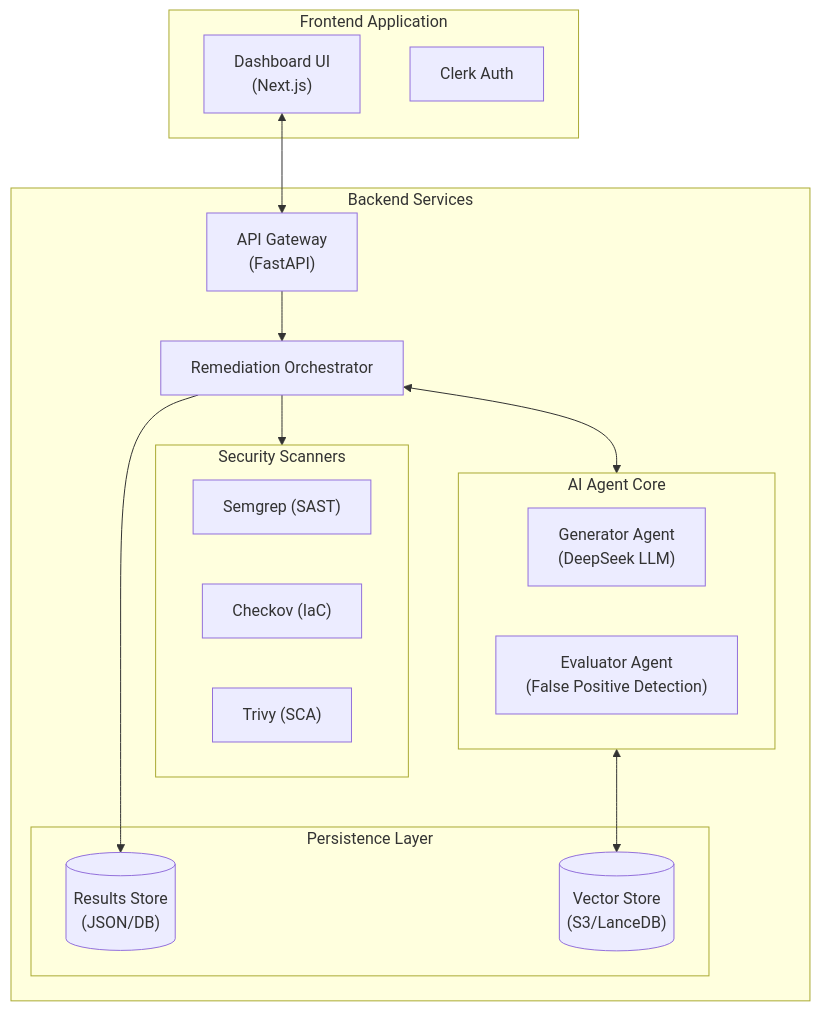
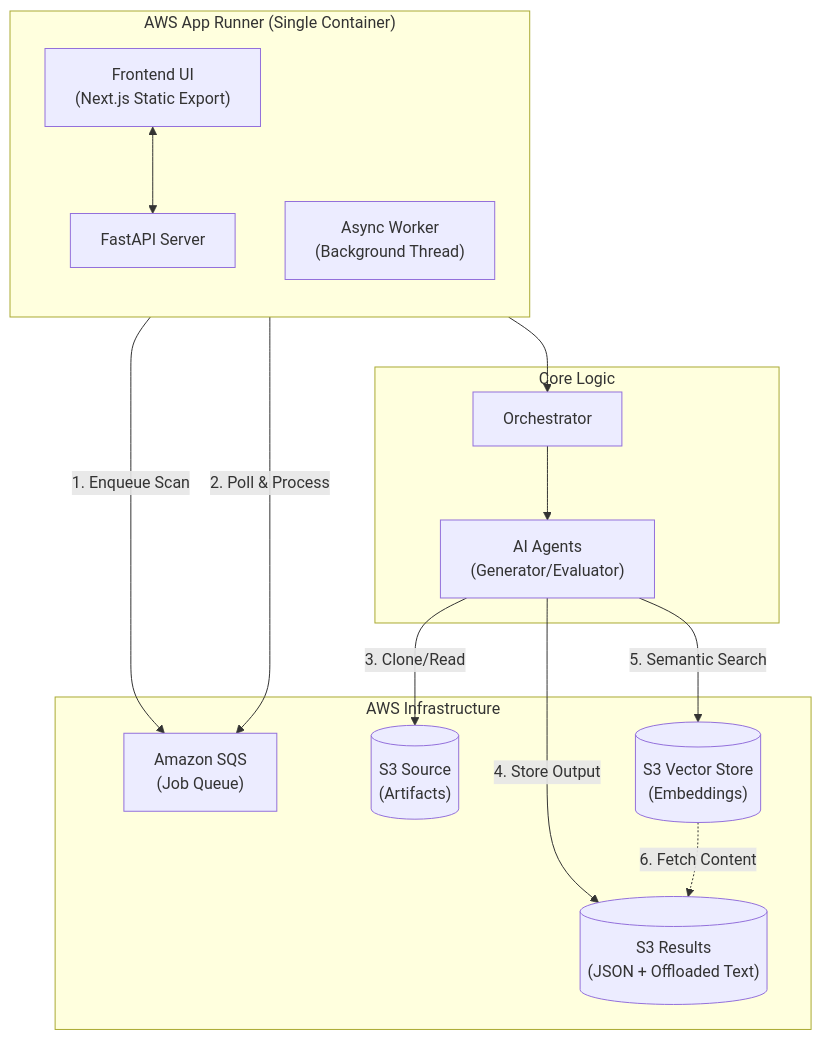
Before and after one commit to charanpanchagnula/security-remediation-system: the diagram in README.md, drawn with Mermaid. The commit also changed other lines of this file and 32 other files, not shown here.

````diff
--- a/README.md
+++ b/README.md
@@ -19,35 +19,34 @@
 ```mermaid
 flowchart TD
-    subgraph Frontend_Group ["Frontend Application"]
-        UI["Dashboard UI<br/>(Next.js)"]
-        Auth["Clerk Auth"]
+    subgraph App_Context ["AWS App Runner (Single Container)"]
+        direction TB
+        UI["Frontend UI<br/>(Next.js Static Export)"]
+        API["FastAPI Server"]
+        Worker["Async Worker<br/>(Background Thread)"]
+        
+        UI <--> API
     end
 
-    subgraph Backend_Group ["Backend Services"]
-        API["API Gateway<br/>(FastAPI)"]
-        Orch["Remediation Orchestrator"]
-        
-        subgraph Scanners_Group ["Security Scanners"]
-            Semgrep["Semgrep (SAST)"]
-            Checkov["Checkov (IaC)"]
-            Trivy["Trivy (SCA)"]
-        end
-
-        subgraph Agents_Group ["AI Agent Core"]
-            Gen["Generator Agent<br/>(DeepSeek LLM)"]
-            Eval["Evaluator Agent<br/>(False Positive Detection)"]
-        end
-        
-        subgraph Storage_Group ["Persistence Layer"]
-            DB[("Results Store<br/>(JSON/DB)")]
-            Vector[("Vector Store<br/>(S3/LanceDB)")]
-        end
+    subgraph Infrastructure ["AWS Infrastructure"]
+        SQS["Amazon SQS<br/>(Job Queue)"]
+        S3_Src[("S3 Source<br/>(Artifacts)")]
+        S3_Res[("S3 Results<br/>(JSON + Offloaded Text)")]
+        S3_Vec[("S3 Vector Store<br/>(Embeddings)")]
     end
     
-    UI <--> API
-    API --> Orch
-    Orch --> Scanners_Group
-    Orch <--> Agents_Group
-    Agents_Group <--> Vector
-    Orch --> DB
+    subgraph Logic ["Core Logic"]
+        Orchestrator
+        Agents["AI Agents<br/>(Generator/Evaluator)"]
+    end
+
+    API -- "1. Enqueue Scan" --> SQS
+    Worker -- "2. Poll & Process" --> SQS
+    Worker --> Orchestrator
+    Orchestrator --> Agents
+    
+    Agents -- "3. Clone/Read" --> S3_Src
+    Agents -- "4. Store Output" --> S3_Res
+    
+    Agents -- "5. Semantic Search" --> S3_Vec
+    S3_Vec -. "6. Fetch Content" .-> S3_Res
 ```
````
